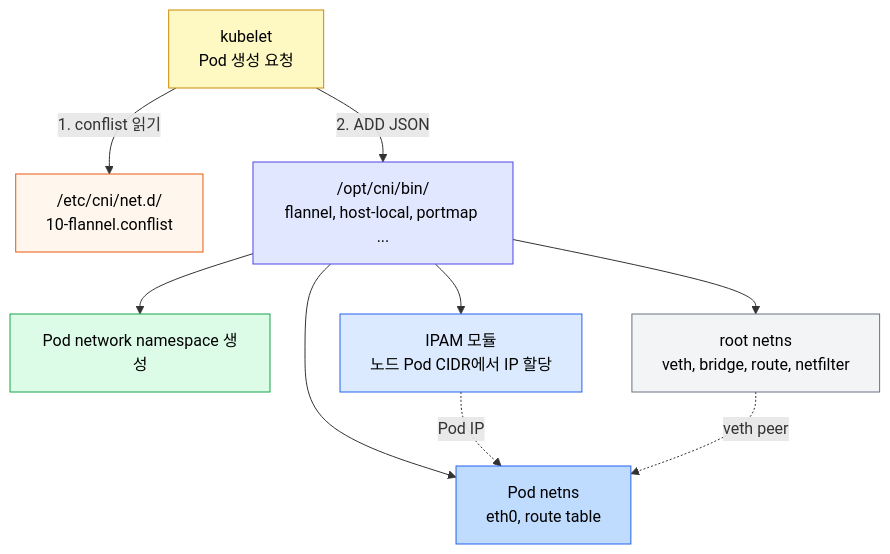
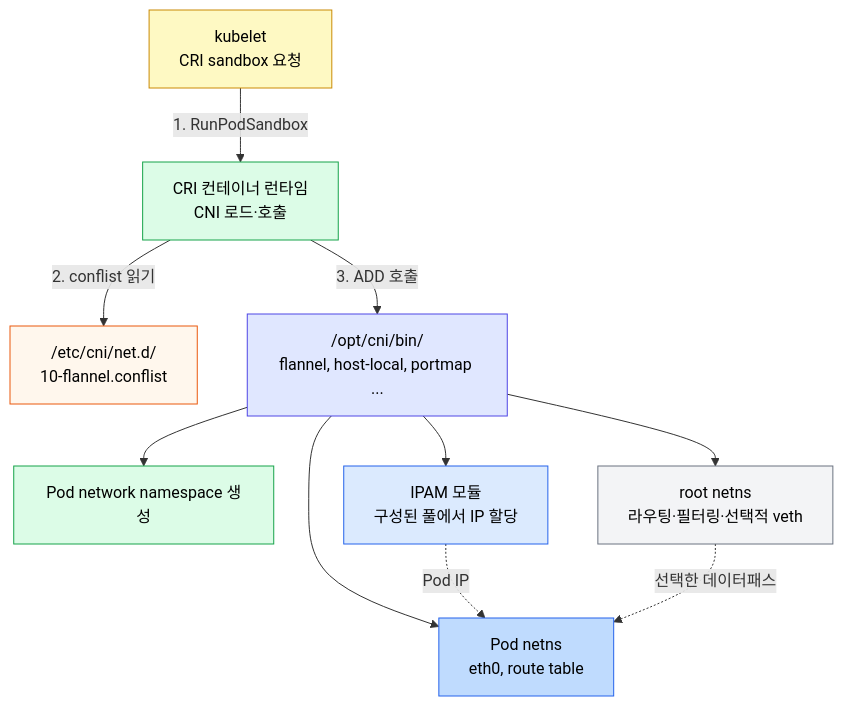
One commit to scofe97/StduyWrite changed the fifth of 7 diagrams in write/08_cloud/kubernetes/04_networking/04-02.Pod 네트워크와 Linux 기반.md. Above: the diagram before and after it, drawn with Mermaid. The commit also changed other lines of this file and 142 other files, not shown here.

````diff
--- a/write/08_cloud/kubernetes/04_networking/04-02.Pod 네트워크와 Linux 기반.md
+++ b/write/08_cloud/kubernetes/04_networking/04-02.Pod 네트워크와 Linux 기반.md
@@ -277,27 +278,30 @@
 ```mermaid
 graph TB
-    KUBELET["kubelet<br/>Pod 생성 요청"]
+    KUBELET["kubelet<br/>CRI sandbox 요청"]
+    RUNTIME["CRI 컨테이너 런타임<br/>CNI 로드·호출"]
     CNI_CONF["/etc/cni/net.d/<br/>10-flannel.conflist"]
     BIN["/opt/cni/bin/<br/>flannel, host-local, portmap ..."]
     NETNS["Pod network namespace 생성"]
-    IPAM["IPAM 모듈<br/>노드 Pod CIDR에서 IP 할당"]
-    HOST_NET["root netns<br/>veth, bridge, route, netfilter"]
+    IPAM["IPAM 모듈<br/>구성된 풀에서 IP 할당"]
+    HOST_NET["root netns<br/>라우팅·필터링·선택적 veth"]
     POD_NET["Pod netns<br/>eth0, route table"]
 
-    KUBELET -->|"1. conflist 읽기"| CNI_CONF
-    KUBELET -->|"2. ADD JSON"| BIN
+    KUBELET -->|"1. RunPodSandbox"| RUNTIME
+    RUNTIME -->|"2. conflist 읽기"| CNI_CONF
+    RUNTIME -->|"3. ADD 호출"| BIN
     BIN --> NETNS
     BIN --> IPAM
     BIN --> HOST_NET
     BIN --> POD_NET
     IPAM -.->|"Pod IP"| POD_NET
-    HOST_NET -.->|"veth peer"| POD_NET
+    HOST_NET -.->|"선택한 데이터패스"| POD_NET
 
     style KUBELET fill:#fef9c3,stroke:#ca8a04,color:#000
+    style RUNTIME fill:#dcfce7,stroke:#16a34a,color:#000
     style CNI_CONF fill:#fff7ed,stroke:#ea580c,color:#000
     style BIN fill:#e0e7ff,stroke:#4f46e5,color:#000
     style NETNS fill:#dcfce7,stroke:#16a34a,color:#000
     style IPAM fill:#dbeafe,stroke:#2563eb,color:#000
     style HOST_NET fill:#f3f4f6,stroke:#6b7280,color:#000
     style POD_NET fill:#bfdbfe,stroke:#2563eb,color:#000
 ```
````
